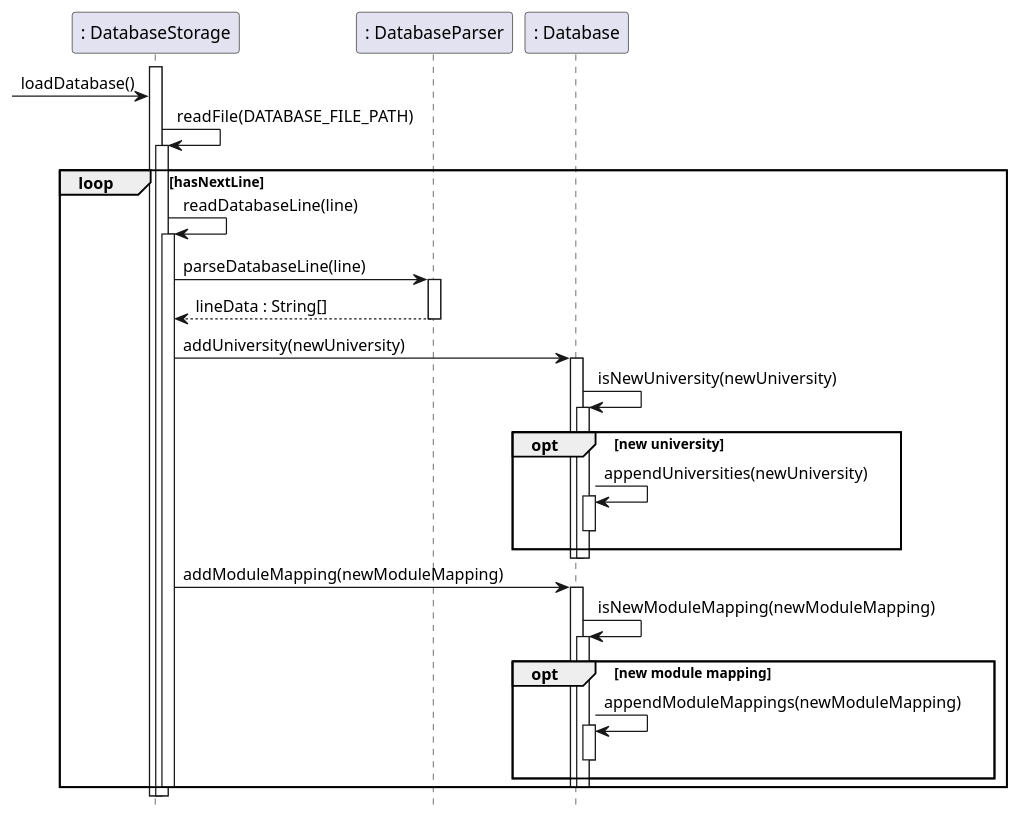
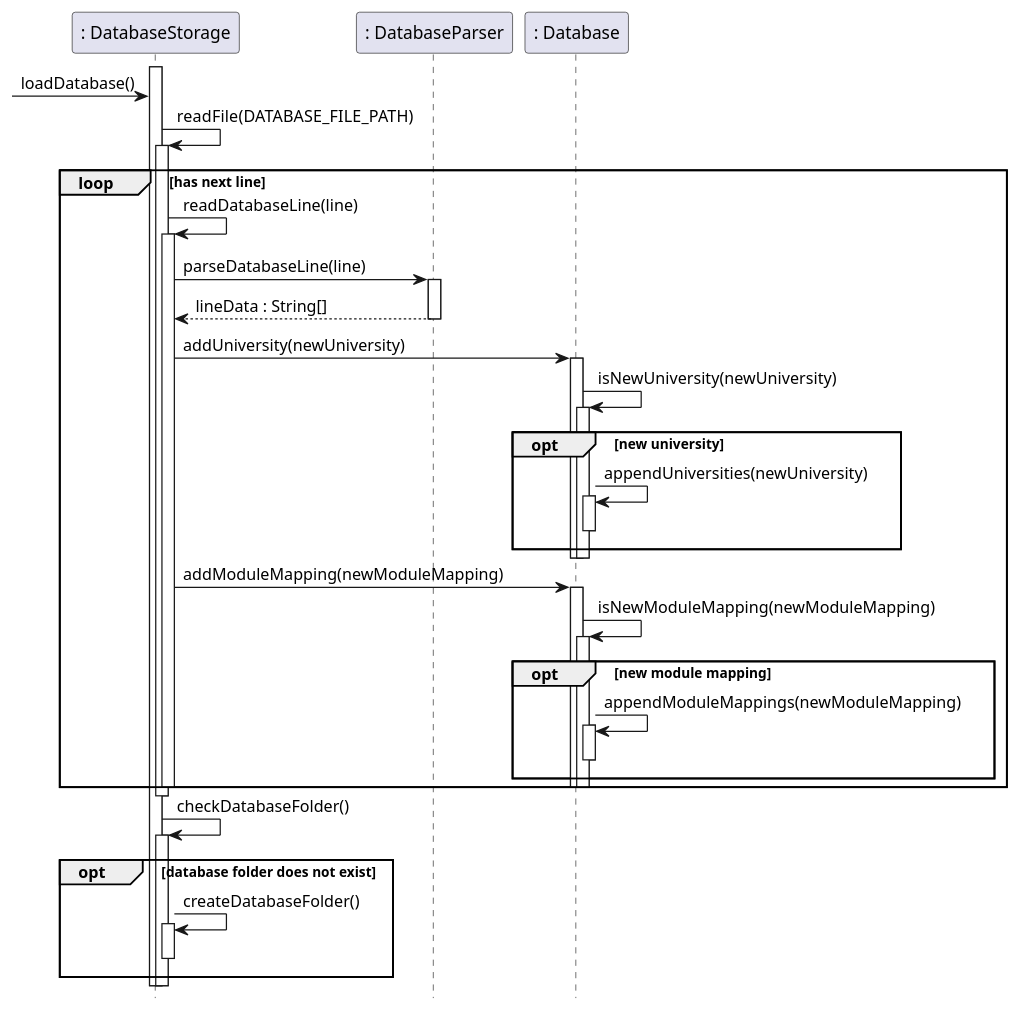
One commit to nus-cs2113-AY2223S1/tp changed the diagram in docs/diagrams/Database_Sequence.puml. Above: the diagram before and after it, drawn with PlantUML. The commit also changed 3 other files, not shown here.

Commit message:
Update class and sequence diagrams for database

```diff
--- a/docs/diagrams/Database_Sequence.puml
+++ b/docs/diagrams/Database_Sequence.puml
@@ -1,64 +1,77 @@
 @startuml
 
 hide footbox
 
 activate ": DatabaseStorage"
 
 -> ": DatabaseStorage" : loadDatabase()
 
 ": DatabaseStorage" -> ": DatabaseStorage" : readFile(DATABASE_FILE_PATH)
 activate ": DatabaseStorage"
 
-loop hasNextLine
+loop has next line
     ": DatabaseStorage" -> ": DatabaseStorage" : readDatabaseLine(line)
     activate ": DatabaseStorage"
 
     ": DatabaseStorage" -> ": DatabaseParser" : parseDatabaseLine(line)
     activate ": DatabaseParser"
     ": DatabaseParser" --> ": DatabaseStorage" : lineData : String[]
     deactivate ": DatabaseParser"
 
     ": DatabaseStorage" -> ": Database" : addUniversity(newUniversity)
     activate ": Database"
 
     ": Database" -> ": Database" : isNewUniversity(newUniversity)
     activate ": Database"
 
     opt new university
 
         ": Database" -> ": Database" : appendUniversities(newUniversity)
         activate ": Database"
         deactivate ": Database"
 
     end
 
     deactivate ": Database"
 
     deactivate ": Database"
 
     ": DatabaseStorage" -> ": Database" : addModuleMapping(newModuleMapping)
     activate ": Database"
 
     ": Database" -> ": Database" : isNewModuleMapping(newModuleMapping)
     activate ": Database"
 
     opt new module mapping
 
         ": Database" -> ": Database" : appendModuleMappings(newModuleMapping)
         activate ": Database"
         deactivate ": Database"
 
     end
 
     deactivate ": Database"
 
     deactivate ": Database"
 
     deactivate ": DatabaseStorage"
 end
 
 deactivate ": DatabaseStorage"
 
+": DatabaseStorage" -> ": DatabaseStorage" : checkDatabaseFolder()
+activate ": DatabaseStorage"
+
+opt database folder does not exist
+
+    ": DatabaseStorage" -> ": DatabaseStorage" : createDatabaseFolder()
+    activate ": DatabaseStorage"
+    deactivate ": DatabaseStorage"
+
+end
+
+deactivate ": DatabaseStorage"
+
 deactivate ": DatabaseStorage"
 
 @enduml
```
